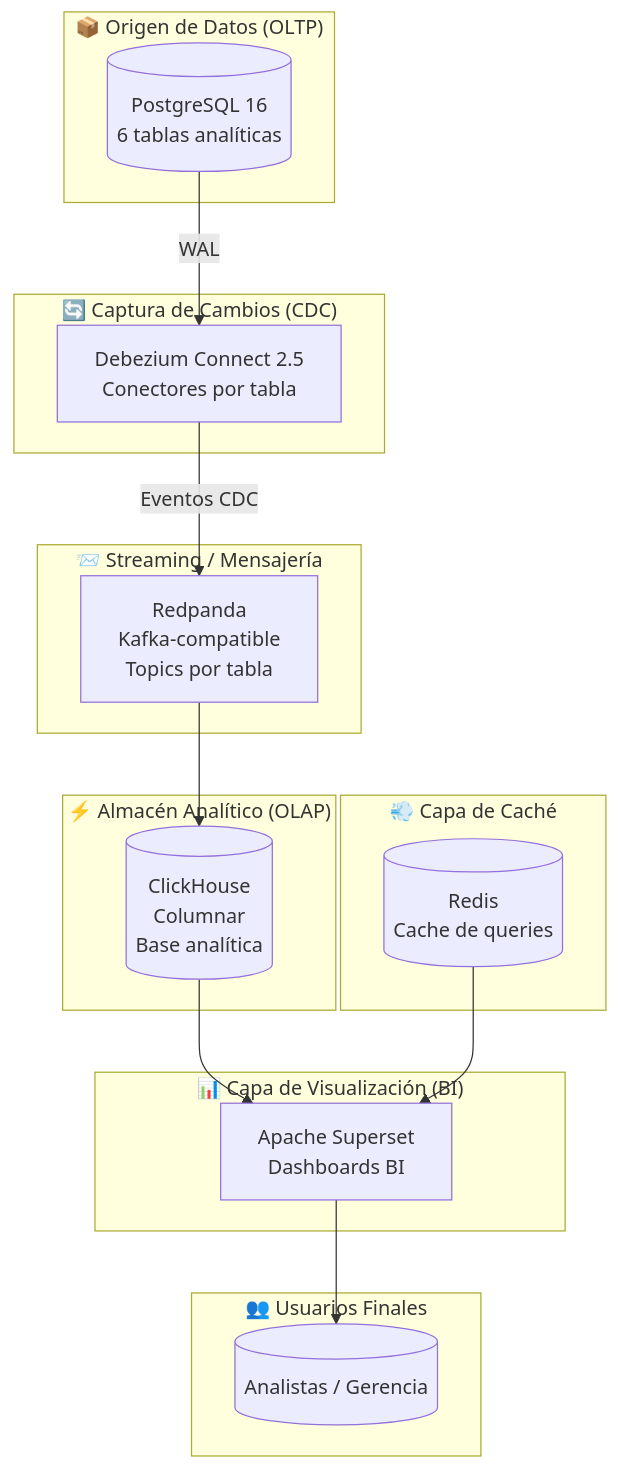
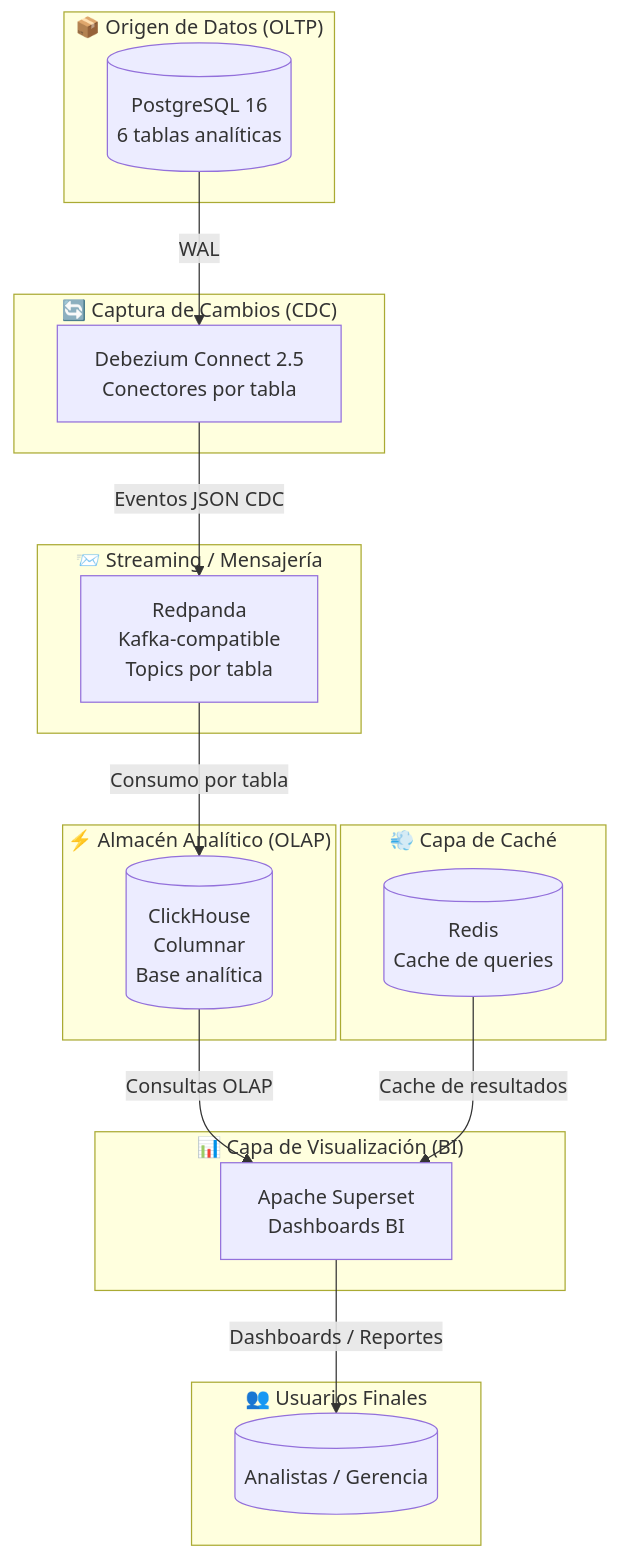
Before and after one commit to danitorey/superset_generico: the first of 3 diagrams in README.md, drawn with Mermaid. The commit also changed other lines of this file, not shown here.

````diff
--- a/README.md
+++ b/README.md
@@ -21,39 +21,45 @@
 ```mermaid
 flowchart TB
     subgraph ORIGEN["📦 Origen de Datos (OLTP)"]
         PG[("PostgreSQL 16
 6 tablas analíticas")]
     end
+
     subgraph CDC["🔄 Captura de Cambios (CDC)"]
         DEB[Debezium Connect 2.5
 Conectores por tabla]
     end
+
     subgraph STREAMING["📨 Streaming / Mensajería"]
         RP[Redpanda
 Kafka-compatible
 Topics por tabla]
     end
+
     subgraph OLAP["⚡ Almacén Analítico (OLAP)"]
         CH[("ClickHouse
 Columnar
 Base analítica")]
     end
+
     subgraph CACHE["💨 Capa de Caché"]
         RD[("Redis
 Cache de queries")]
     end
+
     subgraph BI["📊 Capa de Visualización (BI)"]
         SUP[Apache Superset
 Dashboards BI]
     end
+
     subgraph USERS["👥 Usuarios Finales"]
         USER[("Analistas / Gerencia")]
     end
 
     PG -->|WAL| DEB
-    DEB -->|Eventos CDC| RP
-    RP --> CH
-    CH --> SUP
-    RD --> SUP
-    SUP --> USER
+    DEB -->|Eventos JSON CDC| RP
+    RP -->|Consumo por tabla| CH
+    CH -->|Consultas OLAP| SUP
+    RD -->|Cache de resultados| SUP
+    SUP -->|Dashboards / Reportes| USER
 ```
````
